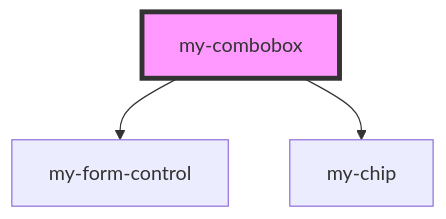
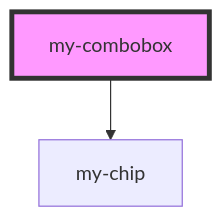
The diagram in src/components/combobox/readme.md (zhitkovkostya/stencil-combobox), drawn with Mermaid before and after one commit. The commit also changed other lines of this file and 10 other files, not shown here.

````diff
--- a/src/components/combobox/readme.md
+++ b/src/components/combobox/readme.md
@@ -48,6 +48,5 @@
 ```mermaid
 graph TD;
-  my-combobox --> my-form-control
   my-combobox --> my-chip
   style my-combobox fill:#f9f,stroke:#333,stroke-width:4px
 ```
````
